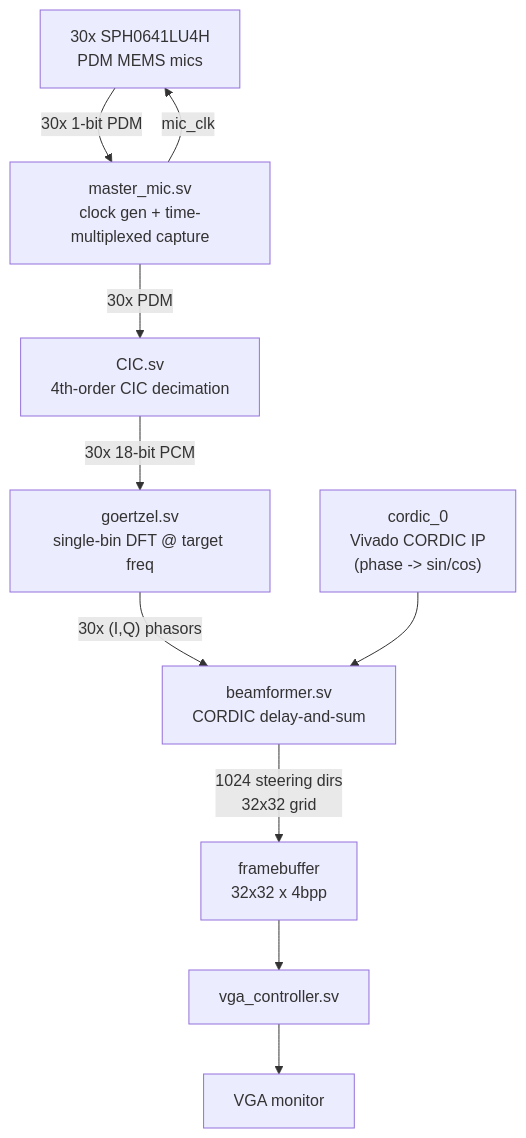
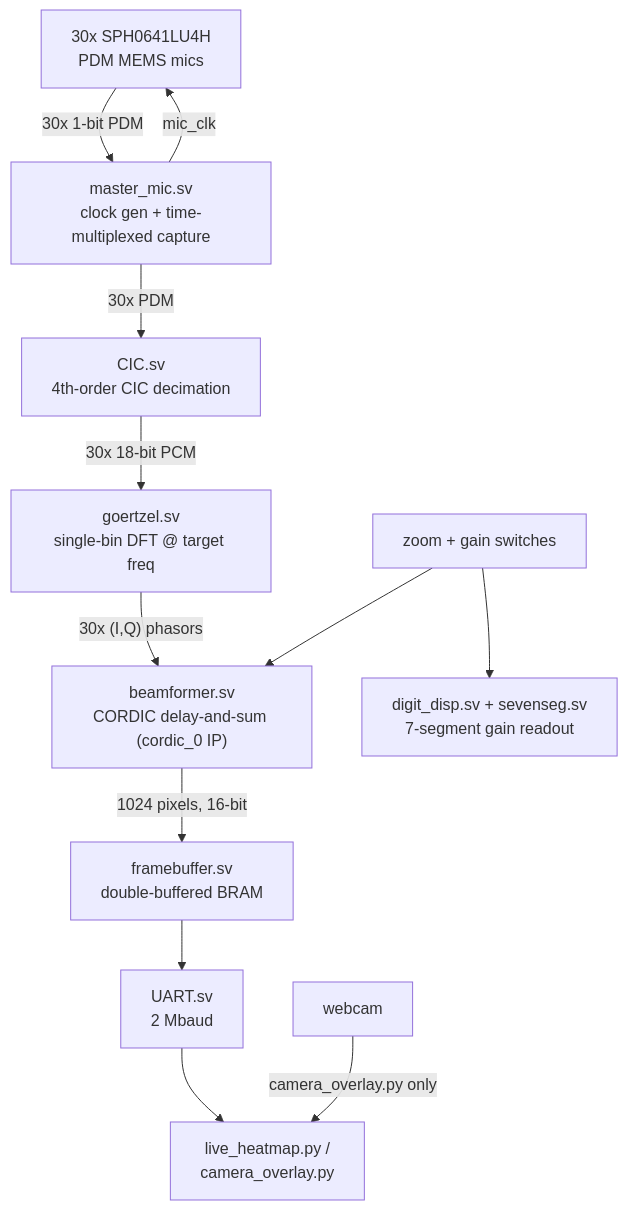
One commit to mhbbParsa/acoustic_camera changed the diagram in README.md. Above: the diagram before and after it, drawn with Mermaid. The commit also changed other lines of this file and 61 other files, not shown here.

Commit message:
UART, zoom, python, readme, pics...

````diff
--- a/README.md
+++ b/README.md
@@ -9,12 +9,14 @@
 ```mermaid
 flowchart TD
     MIC["30x SPH0641LU4H\nPDM MEMS mics"] -->|"30x 1-bit PDM"| MM["master_mic.sv\nclock gen + time-multiplexed capture"]
     MM -->|"mic_clk"| MIC
     MM -->|"30x PDM"| CIC["CIC.sv\n4th-order CIC decimation"]
     CIC -->|"30x 18-bit PCM"| GZ["goertzel.sv\nsingle-bin DFT @ target freq"]
-    GZ -->|"30x (I,Q) phasors"| BF["beamformer.sv\nCORDIC delay-and-sum"]
-    CORDIC["cordic_0\nVivado CORDIC IP\n(phase -> sin/cos)"] --> BF
-    BF -->|"1024 steering dirs\n32x32 grid"| FB["framebuffer\n32x32 x 4bpp"]
-    FB --> VGA["vga_controller.sv"]
-    VGA --> MON["VGA monitor"]
+    GZ -->|"30x (I,Q) phasors"| BF["beamformer.sv\nCORDIC delay-and-sum (cordic_0 IP)"]
+    CTRL["zoom + gain switches"] --> BF
+    CTRL --> DD["digit_disp.sv + sevenseg.sv\n7-segment gain readout"]
+    BF -->|"1024 pixels, 16-bit"| FB["framebuffer.sv\ndouble-buffered BRAM"]
+    FB --> UART["UART.sv\n2 Mbaud"]
+    UART --> HOST["live_heatmap.py /\ncamera_overlay.py"]
+    CAM["webcam"] -->|"camera_overlay.py only"| HOST
 ```
````
